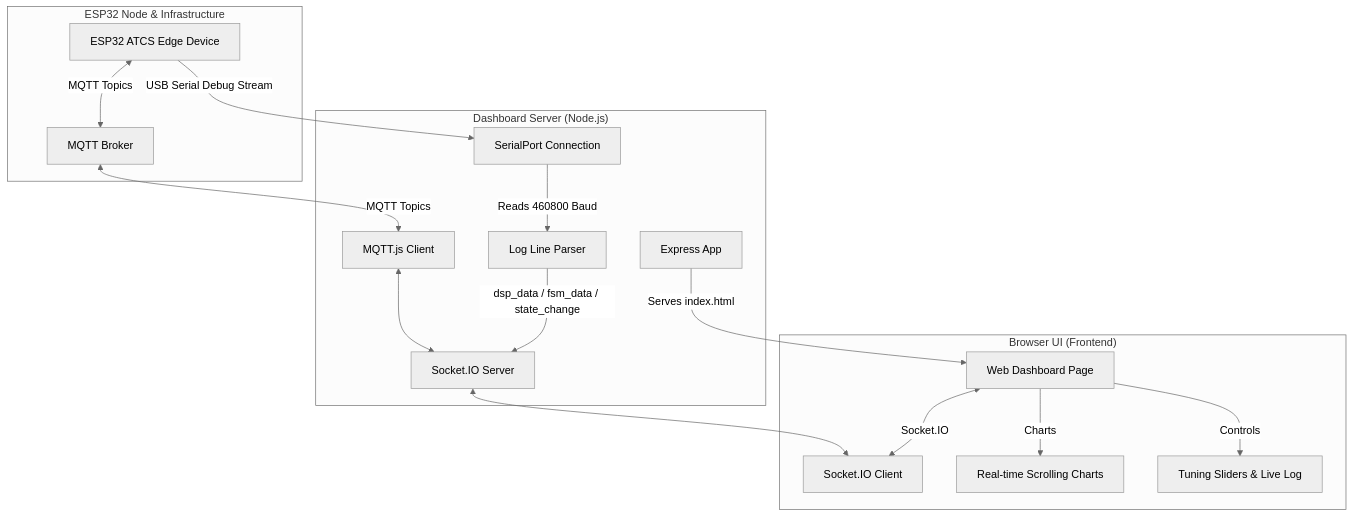
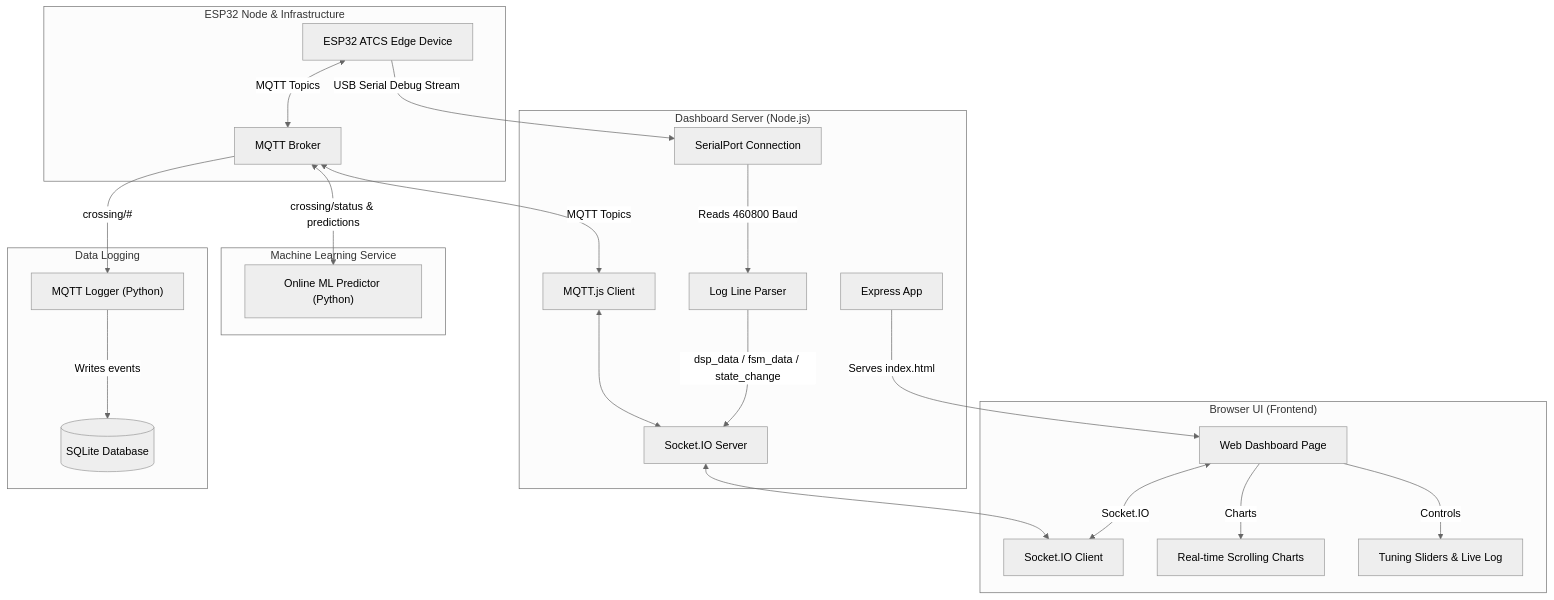
Before and after one commit to tophrr/aap-dashboard: the diagram in README.md, drawn with Mermaid (neutral theme). The commit also changed other lines of this file and 4 other files, not shown here.

Commit message:
feat: add ml predictor service and update documentation

````diff
--- a/README.md
+++ b/README.md
@@ -16,25 +16,37 @@
 ```mermaid
 graph TD
     subgraph Browser ["Browser UI (Frontend)"]
         UI[Web Dashboard Page] <-->|Socket.IO| SIO[Socket.IO Client]
         UI -->|Charts| CHARTS[Real-time Scrolling Charts]
         UI -->|Controls| CTRLS[Tuning Sliders & Live Log]
     end
 
     subgraph DashServer ["Dashboard Server (Node.js)"]
         EXPRESS[Express App] -->|Serves index.html| UI
         SOCKET[Socket.IO Server] <--> SIO
         SP[SerialPort Connection] -->|Reads 460800 Baud| PARSE[Log Line Parser]
         PARSE -->|dsp_data / fsm_data / state_change| SOCKET
         MQTTJS[MQTT.js Client] <--> SOCKET
     end
 
     subgraph Hardware ["ESP32 Node & Infrastructure"]
         ESP32[ESP32 ATCS Edge Device]
         BROKER[MQTT Broker]
     end
 
+    subgraph ML ["Machine Learning Service"]
+        MLPRED["Online ML Predictor (Python)"]
+    end
+
+    subgraph Logging ["Data Logging"]
+        LOGGER["MQTT Logger (Python)"]
+        SQL[(SQLite Database)]
+    end
+
     ESP32 -->|USB Serial Debug Stream| SP
     ESP32 <-->|MQTT Topics| BROKER
     BROKER <-->|MQTT Topics| MQTTJS
+    BROKER <-->|crossing/status & predictions| MLPRED
+    BROKER -->|crossing/#| LOGGER
+    LOGGER -->|Writes events| SQL
 ```
````
